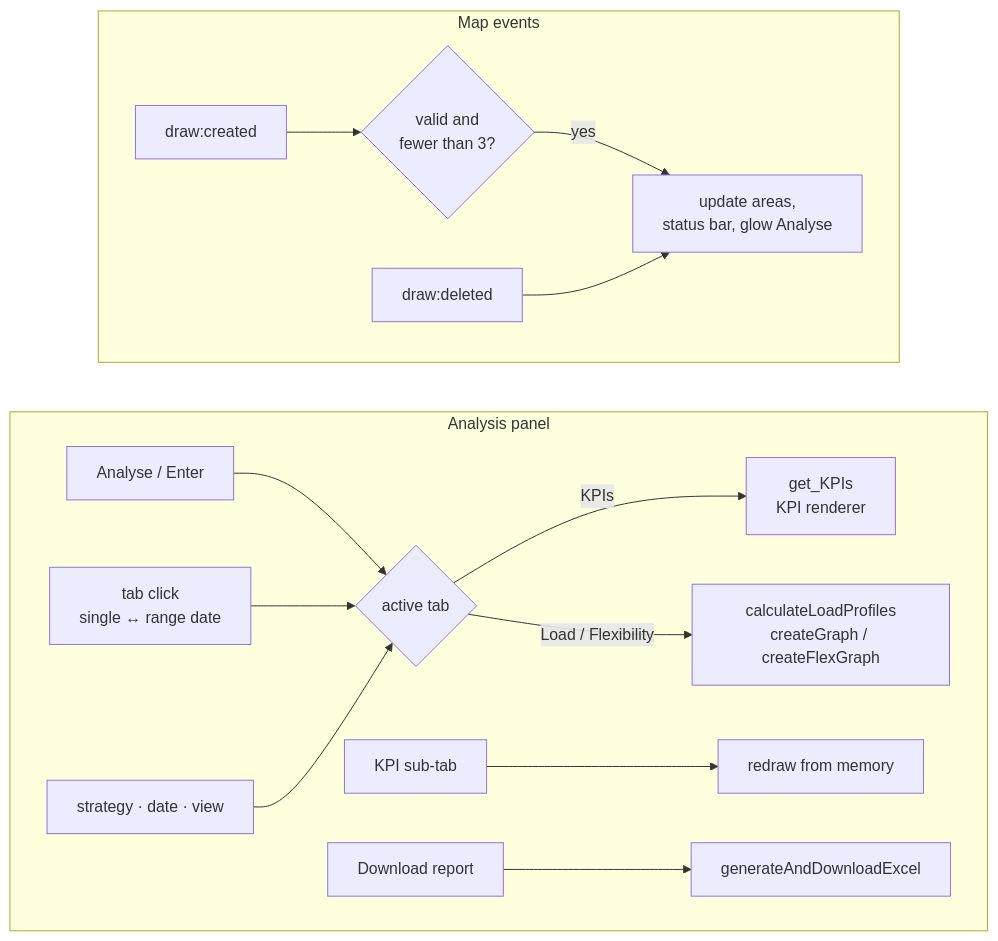
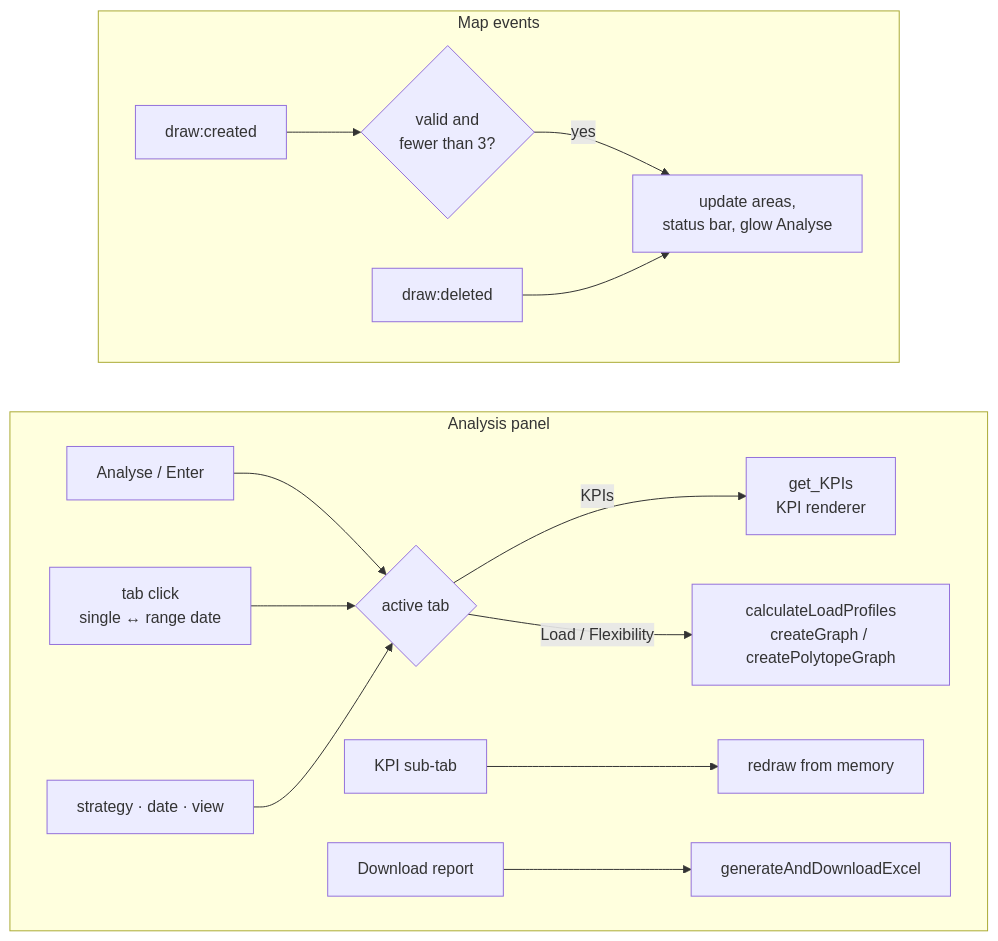
Before and after one commit to StavrosOrf/EPIOT: the second of 2 diagrams in docs/architecture/frontend.md, drawn with Mermaid. The commit also changed other lines of this file and 29 other files, not shown here.

First line of the commit message:
Add comprehensive tests for group actions, KPI UI, and scenario charts

````diff
--- a/docs/architecture/frontend.md
+++ b/docs/architecture/frontend.md
@@ -47,20 +50,20 @@
 ```{mermaid}
 flowchart TB
     subgraph Map["Map events"]
         direction LR
         D1[draw:created] --> V{valid and<br/>fewer than 3?}
         V -- yes --> ST[update areas,<br/>status bar, glow Analyse]
         D2[draw:deleted] --> ST
     end
     subgraph Panel["Analysis panel"]
         direction LR
         AN[Analyse / Enter] --> RUN{active tab}
         TAB[tab click<br/>single ↔ range date] --> RUN
         CHG[strategy · date · view] --> RUN
         RUN -- KPIs --> K[get_KPIs<br/>KPI renderer]
-        RUN -- Load / Flexibility --> L[calculateLoadProfiles<br/>createGraph / createFlexGraph]
+        RUN -- Load / Flexibility --> L[calculateLoadProfiles<br/>createGraph / createPolytopeGraph]
         SUB[KPI sub-tab] --> RR[redraw from memory]
         DL[Download report] --> X[generateAndDownloadExcel]
     end
     Map ~~~ Panel
 ```
````
